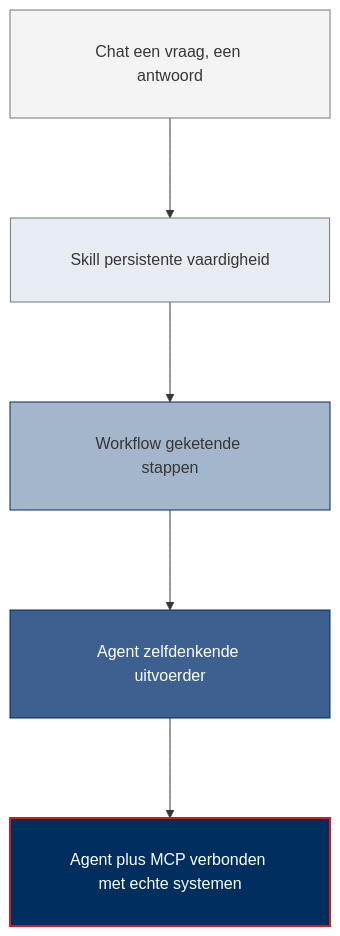
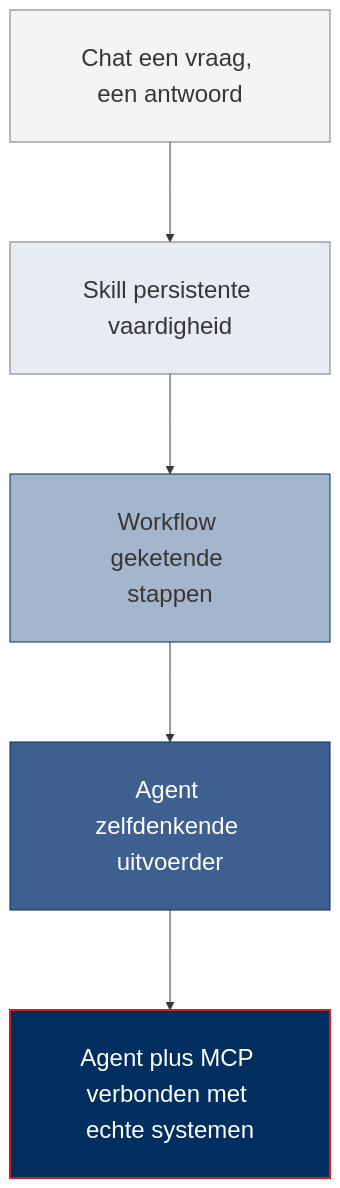
The first of 2 diagrams in demos/00-overzicht-concepten.md (bastichelaar/maf-ai-dag), drawn with Mermaid before and after one commit. The commit also changed other lines of this file and 14 other files, not shown here.

````diff
--- a/demos/00-overzicht-concepten.md
+++ b/demos/00-overzicht-concepten.md
@@ -42,34 +42,35 @@
 ```mermaid
 %%{init: {'theme':'base', 'themeVariables': {
   'primaryColor': '#002f5f',
   'primaryTextColor': '#ffffff',
   'primaryBorderColor': '#002f5f',
   'lineColor': '#393535',
   'secondaryColor': '#f4f4f4',
   'tertiaryColor': '#ffffff',
-  'fontFamily': 'sans-serif'
+  'fontFamily': 'sans-serif',
+  'fontSize': '24px'
 }, 'flowchart': {
   'subGraphTitleMargin': {'top': 30, 'bottom': 60},
   'padding': 30,
   'nodeSpacing': 80,
   'rankSpacing': 100,
   'diagramPadding': 30,
   'titleTopMargin': 30
 }}}%%
 flowchart TB
   A[Chat een vraag, een antwoord] --> B[Skill persistente vaardigheid]
   B --> C[Workflow geketende stappen]
   C --> D[Agent zelfdenkende uitvoerder]
   D --> E["Agent plus MCP verbonden met echte systemen"]
 
   classDef step1 fill:#f4f4f4,stroke:#747678,color:#393535
   classDef step2 fill:#e6ecf2,stroke:#747678,color:#393535
   classDef step3 fill:#a3b6cc,stroke:#002f5f,color:#393535
   classDef step4 fill:#3d6090,stroke:#002f5f,color:#ffffff
   classDef step5 fill:#002f5f,stroke:#d01d20,stroke-width:2px,color:#ffffff
   class A step1
   class B step2
   class C step3
   class D step4
   class E step5
 ```
````
